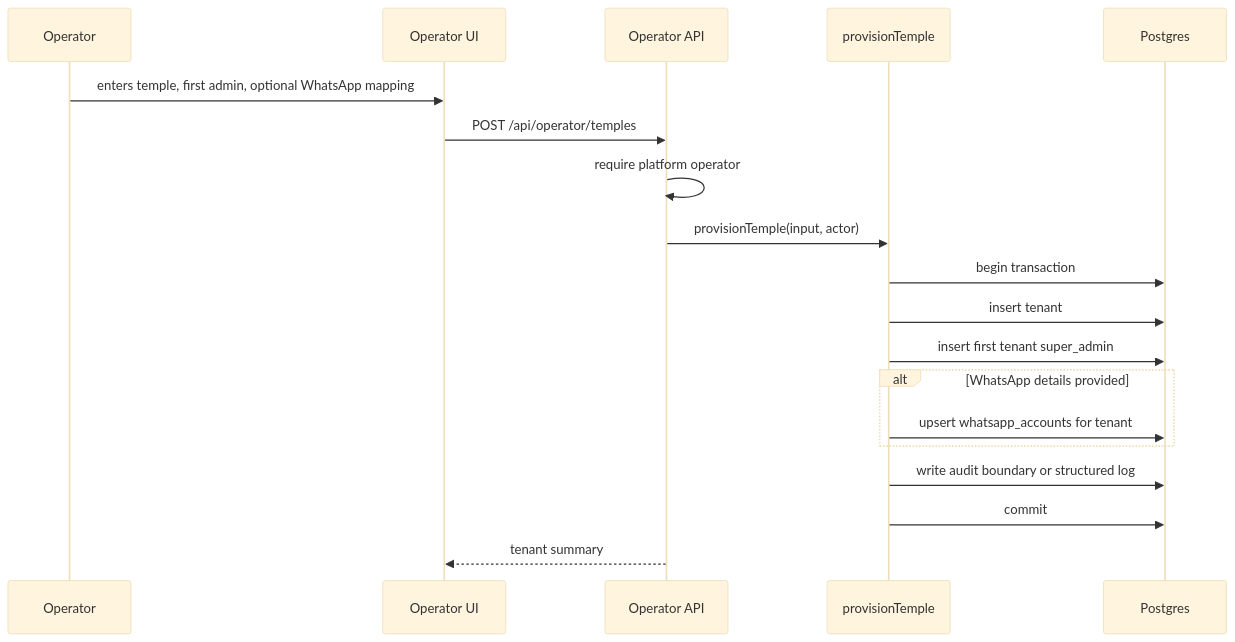
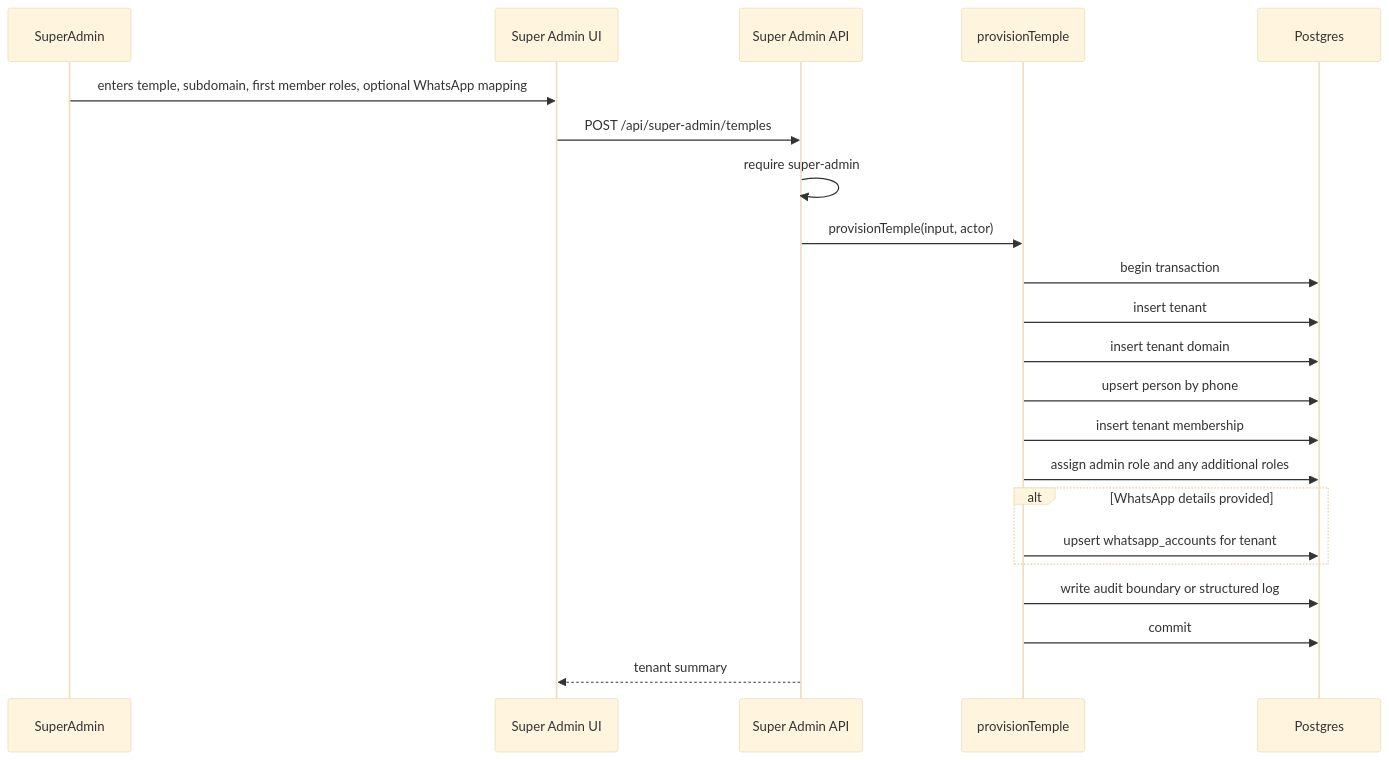
Before and after one commit to SusanthKakarla/TempleOS: the third of 3 diagrams in _bmad-output/planning-artifacts/architecture/architecture-templeOS-super-admin-panel-2026-07-18/ARCHITECTURE-SPINE.md, drawn with Mermaid (base theme). The commit also changed other lines of this file and 40 other files, not shown here.

Commit message:
Seed roles and first super admin

````diff
--- a/_bmad-output/planning-artifacts/architecture/architecture-templeOS-super-admin-panel-2026-07-18/ARCHITECTURE-SPINE.md
+++ b/_bmad-output/planning-artifacts/architecture/architecture-templeOS-super-admin-panel-2026-07-18/ARCHITECTURE-SPINE.md
@@ -273,22 +415,25 @@
 ```mermaid
 sequenceDiagram
-  participant Operator
-  participant UI as Operator UI
-  participant API as Operator API
+  participant SuperAdmin
+  participant UI as Super Admin UI
+  participant API as Super Admin API
   participant Svc as provisionTemple
   participant DB as Postgres
 
-  Operator->>UI: enters temple, first admin, optional WhatsApp mapping
-  UI->>API: POST /api/operator/temples
-  API->>API: require platform operator
+  SuperAdmin->>UI: enters temple, subdomain, first member roles, optional WhatsApp mapping
+  UI->>API: POST /api/super-admin/temples
+  API->>API: require super-admin
   API->>Svc: provisionTemple(input, actor)
   Svc->>DB: begin transaction
   Svc->>DB: insert tenant
-  Svc->>DB: insert first tenant super_admin
+  Svc->>DB: insert tenant domain
+  Svc->>DB: upsert person by phone
+  Svc->>DB: insert tenant membership
+  Svc->>DB: assign admin role and any additional roles
   alt WhatsApp details provided
     Svc->>DB: upsert whatsapp_accounts for tenant
   end
   Svc->>DB: write audit boundary or structured log
   Svc->>DB: commit
   API-->>UI: tenant summary
 ```
````
